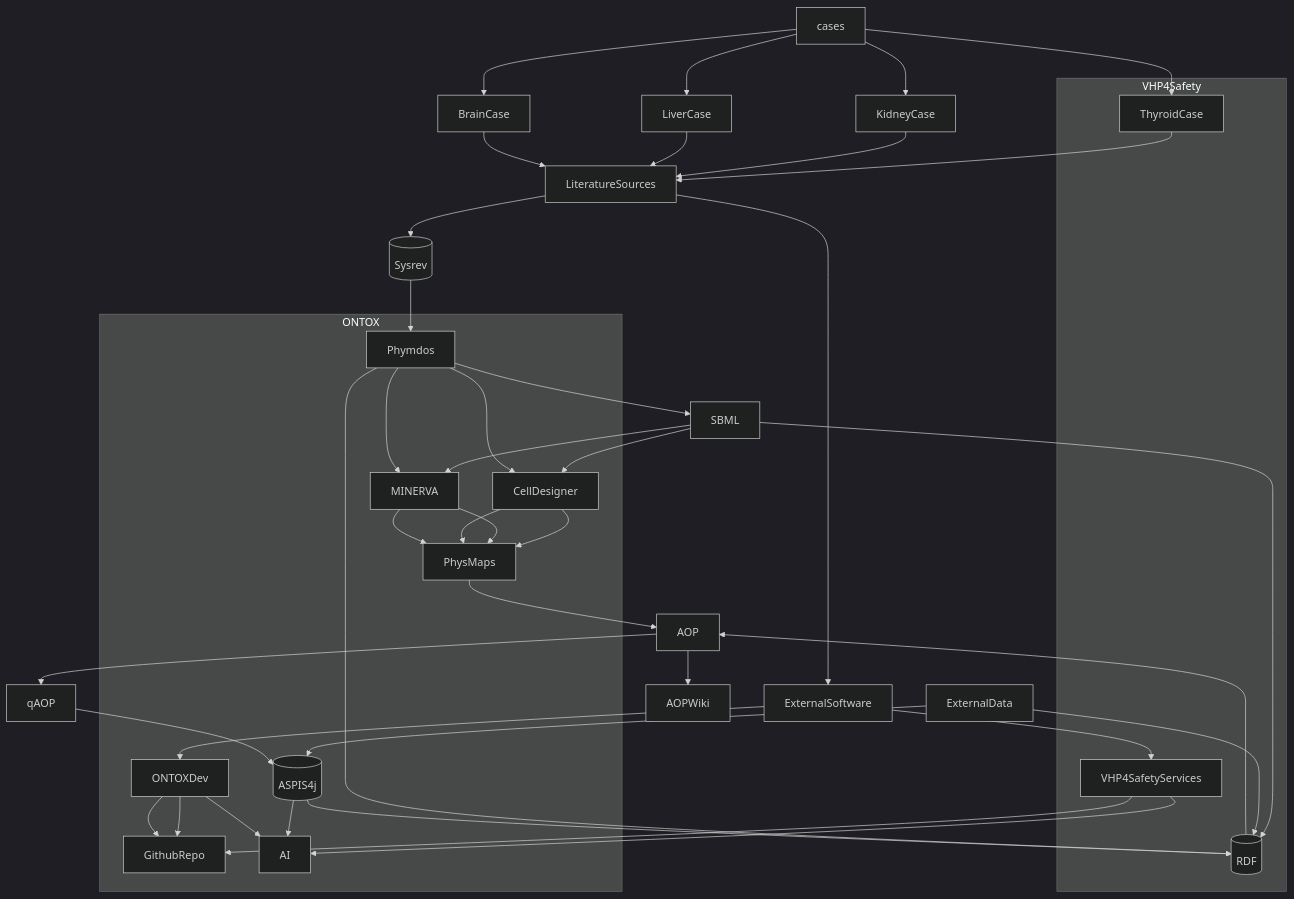
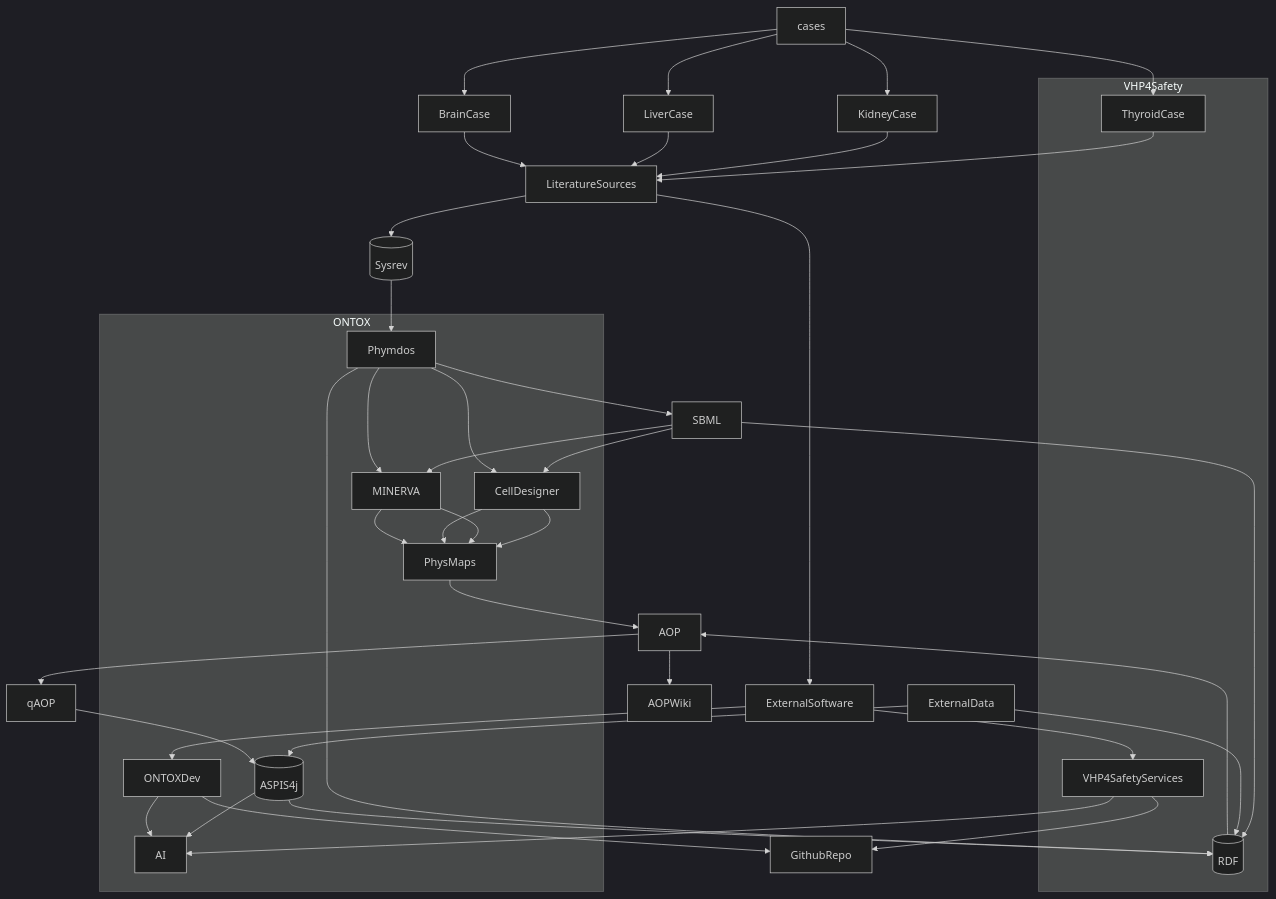
The diagram in ONTOX-vs-VHP4Safety.md (ontox-hu/workflows), drawn with Mermaid (dark theme) before and after one commit.

````diff
--- a/ONTOX-vs-VHP4Safety.md
+++ b/ONTOX-vs-VHP4Safety.md
@@ -1,65 +1,64 @@
 ```mermaid
 flowchart TB
 
     cases-->KidneyCase
     cases-->LiverCase
     cases-->BrainCase
     cases-->ThyroidCase
     
     KidneyCase-->LiteratureSources
     LiverCase-->LiteratureSources
     BrainCase-->LiteratureSources
     ThyroidCase-->LiteratureSources
     LiteratureSources-->Sysrev[(Sysrev)]
     Sysrev[(Sysrev)]-->Phymdos
     Phymdos-->SBML
     SBML-->CellDesigner
     SBML-->MINERVA
     SBML-->RDF[(RDF)]
     CellDesigner-->PhysMaps
     MINERVA-->PhysMaps
     PhysMaps-->AOP
     VHP4SafetyServices-->GithubRepo
     ONTOXDev-->GithubRepo
     
  %%%%%%%%%%%%%%%%%%%%%%%%%%%%%%%
  
     subgraph ONTOX
     
     ONTOXDev
-    ONTOXDev-->GithubRepo
     Phymdos-->MINERVA
     Phymdos-->CellDesigner
     CellDesigner-->PhysMaps
     MINERVA-->PhysMaps
     ASPIS4j[(ASPIS4j)]-->AI
     
     end
  
  %%%%%%%%%%%%%%%%%%%%%%%%%%%%%%%%
  
     subgraph VHP4Safety
     
     ThyroidCase 
     Phymdos-->RDF[(RDF)]
     VHP4SafetyServices
     VHP4SafetyServices-->AI
     ONTOXDev-->AI
 
     end
     
  %%%%%%%%%%%%%%%%%%%%%%%%%%%%%%%%%%
  
     RDF[(RDF)]-->AOP
     AOP-->AOPWiki
     AOP-->qAOP
     LiteratureSources-->ExternalSoftware
     ExternalSoftware-->VHP4SafetyServices
     ExternalSoftware-->ONTOXDev
     ExternalData-->ASPIS4j[(ASPIS4j)]
     qAOP-->ASPIS4j[(ASPIS4j)]
     ASPIS4j[(ASPIS4j)]-->RDF[(RDF)]
     ExternalData-->RDF[(RDF)]
     
     
 ```
````
